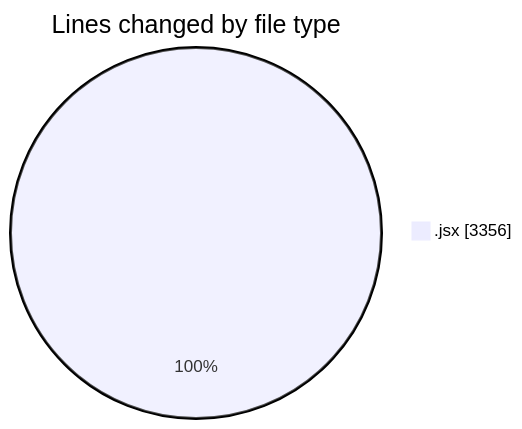
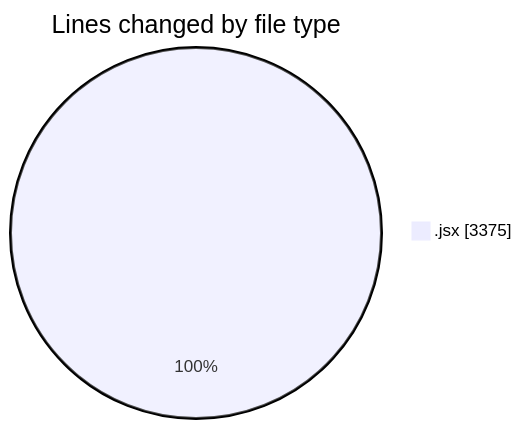
One commit to nxtqubesakshisongat/code-tracking changed the first of 2 diagrams in 2025-06-16/nxtqube_webapp/README.md. Above: the diagram before and after it, drawn with Mermaid. The commit also changed other lines of this file and 1 other file, not shown here.

````diff
--- a/2025-06-16/nxtqube_webapp/README.md
+++ b/2025-06-16/nxtqube_webapp/README.md
@@ -22,5 +22,5 @@
 ```mermaid
 pie showData
 title Lines changed by file type
-".jsx" : 3356
+".jsx" : 3375
 ```
````
